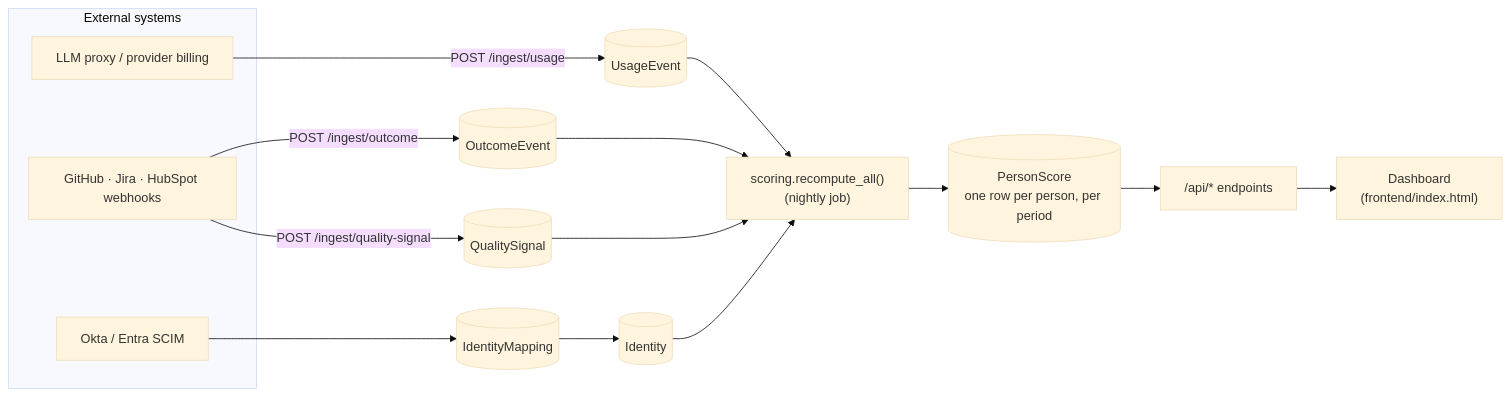
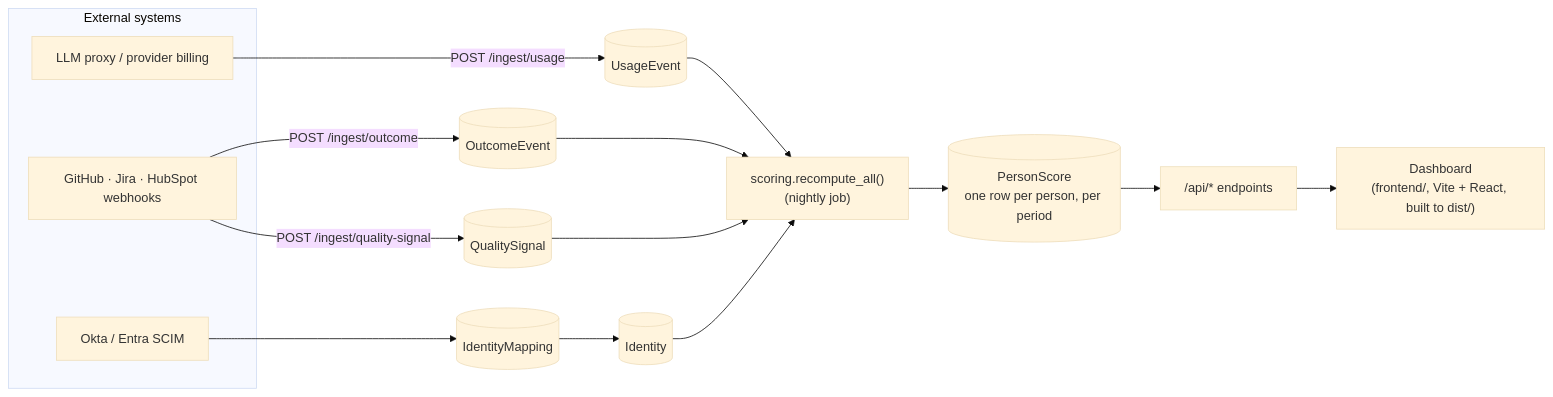
Before and after one commit to drewc611/Meter: the first of 2 diagrams in ARCHITECTURE.md, drawn with Mermaid (base theme). The commit also changed other lines of this file and 61 other files, not shown here.

First line of the commit message:
Migrate frontend to Vite + React

````diff
--- a/ARCHITECTURE.md
+++ b/ARCHITECTURE.md
@@ -17,23 +17,23 @@
 ```mermaid
 flowchart LR
     subgraph EXT["External systems"]
         PROXY["LLM proxy / provider billing"]
         WEBHOOK["GitHub · Jira · HubSpot webhooks"]
         SCIM["Okta / Entra SCIM"]
     end
 
     PROXY -->|"POST /ingest/usage"| USAGE[("UsageEvent")]
     WEBHOOK -->|"POST /ingest/outcome"| OUTCOME[("OutcomeEvent")]
     WEBHOOK -->|"POST /ingest/quality-signal"| QUALITY[("QualitySignal")]
     SCIM --> MAPPING[("IdentityMapping")]
     MAPPING --> IDENTITY[("Identity")]
 
     USAGE --> SCORING["scoring.recompute_all()\n(nightly job)"]
     OUTCOME --> SCORING
     QUALITY --> SCORING
     IDENTITY --> SCORING
     SCORING --> PERSONSCORE[("PersonScore\none row per person, per period")]
 
     PERSONSCORE --> API["/api/* endpoints"]
-    API --> DASH["Dashboard\n(frontend/index.html)"]
+    API --> DASH["Dashboard\n(frontend/, Vite + React, built to dist/)"]
 ```
````
